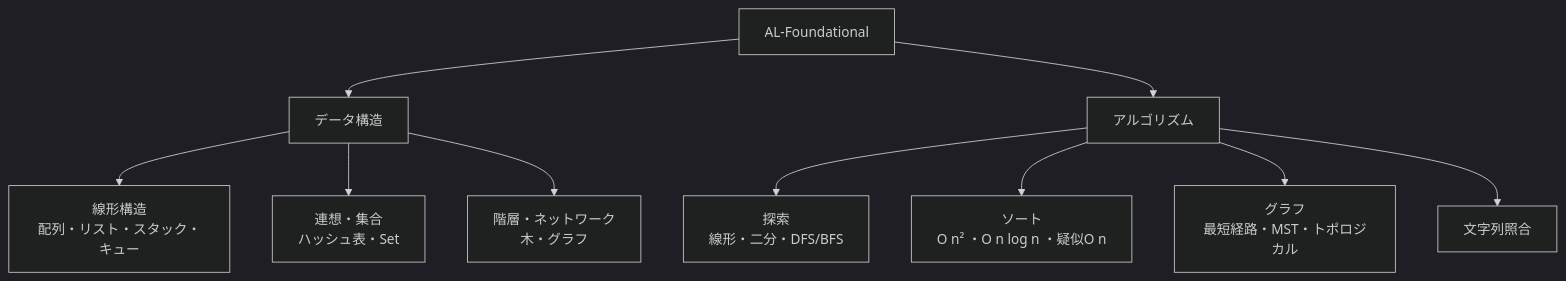
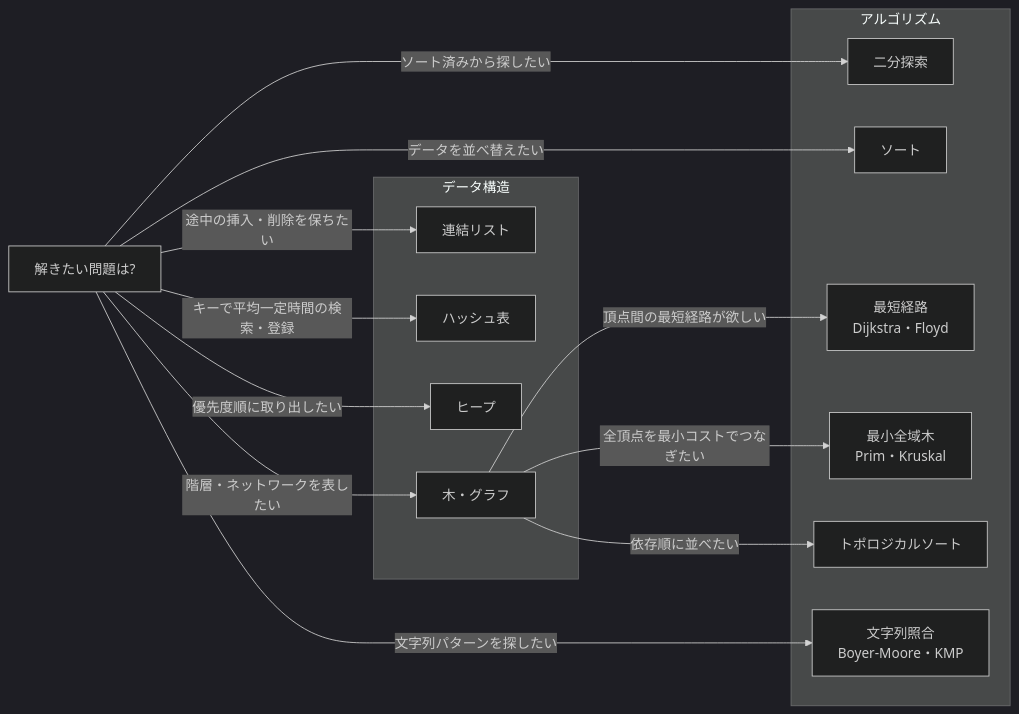
One commit to miyataka/cszap changed the first of 7 diagrams in docs/AL/AL-Foundational.md. Above: the diagram before and after it, drawn with Mermaid (dark theme). The commit also changed other lines of this file and 28 other files, not shown here.

First line of the commit message:
docs: redesign 全体像 diagrams per unit (29 pages)

````diff
--- a/docs/AL/AL-Foundational.md
+++ b/docs/AL/AL-Foundational.md
@@ -14,12 +14,31 @@
 ```mermaid
-graph TD
-  A[AL-Foundational] --> B[データ構造]
-  A --> C[アルゴリズム]
-  B --> B1[線形構造<br/>配列・リスト・スタック・キュー]
-  B --> B2[連想・集合<br/>ハッシュ表・Set]
-  B --> B3[階層・ネットワーク<br/>木・グラフ]
-  C --> C1[探索<br/>線形・二分・DFS/BFS]
-  C --> C2[ソート<br/>O n² ・O n log n ・疑似O n]
-  C --> C3[グラフ<br/>最短経路・MST・トポロジカル]
-  C --> C4[文字列照合]
+graph LR
+  Q["解きたい問題は?"]
+
+  subgraph DS["データ構造"]
+    LL[連結リスト]
+    HASH[ハッシュ表]
+    HEAP[ヒープ]
+    TREE[木・グラフ]
+  end
+
+  subgraph ALGO["アルゴリズム"]
+    BS[二分探索]
+    SORT[ソート]
+    SP["最短経路<br/>Dijkstra・Floyd"]
+    MST["最小全域木<br/>Prim・Kruskal"]
+    TOPO[トポロジカルソート]
+    STRM["文字列照合<br/>Boyer-Moore・KMP"]
+  end
+
+  Q -->|途中の挿入・削除を保ちたい| LL
+  Q -->|キーで平均一定時間の検索・登録| HASH
+  Q -->|優先度順に取り出したい| HEAP
+  Q -->|階層・ネットワークを表したい| TREE
+  Q -->|ソート済みから探したい| BS
+  Q -->|データを並べ替えたい| SORT
+  Q -->|文字列パターンを探したい| STRM
+  TREE -->|頂点間の最短経路が欲しい| SP
+  TREE -->|全頂点を最小コストでつなぎたい| MST
+  TREE -->|依存順に並べたい| TOPO
 ```
````
